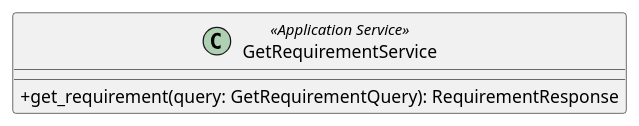
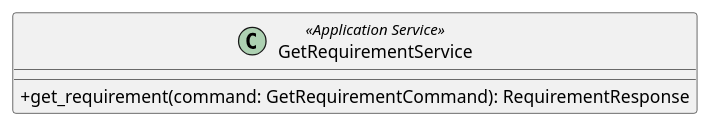
The diagram in src/PB/DocumentazioneEsterna/Specifica_Tecnica/content/uml/puml/Diagrammi_classi/Backend/ApplicationServices/GetRequirementService.puml (GroupRubberDuck/Documentazione), drawn with PlantUML before and after one commit. The commit also changed 39 other files, not shown here.

```diff
--- a/src/PB/DocumentazioneEsterna/Specifica_Tecnica/content/uml/puml/Diagrammi_classi/Backend/ApplicationServices/GetRequirementService.puml
+++ b/src/PB/DocumentazioneEsterna/Specifica_Tecnica/content/uml/puml/Diagrammi_classi/Backend/ApplicationServices/GetRequirementService.puml
@@ -1,7 +1,8 @@
 @startuml GetRequirementService
 skinparam classAttributeIconSize 0
+
 class GetRequirementService <<Application Service>> {
-    + get_requirement(query: GetRequirementQuery): RequirementResponse
+    + get_requirement(command: GetRequirementCommand): RequirementResponse
 }
 
 @enduml
```
